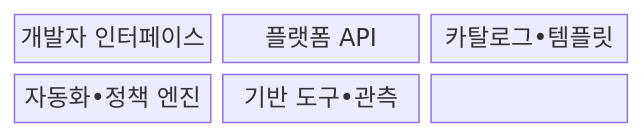
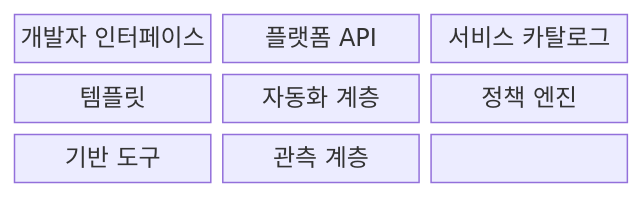
One commit to agnusdei1207/knowledge-base changed the first of 2 diagrams in src/content/docs/notes/08-latest-tech/176_idp.md. Above: the diagram before and after it, drawn with Mermaid. The commit also changed other lines of this file and 20 other files, not shown here.

````diff
--- a/src/content/docs/notes/08-latest-tech/176_idp.md
+++ b/src/content/docs/notes/08-latest-tech/176_idp.md
@@ -71,11 +79,14 @@
 ```mermaid
 block-beta
   columns 3
   N0["개발자 인터페이스"]
   N1["플랫폼 API"]
-  N2["카탈로그•템플릿"]
-  N3["자동화•정책 엔진"]
-  N4["기반 도구•관측"]
-  N0 --- N1 --- N2
-  N2 --- N3 --- N4
+  N2["서비스 카탈로그"]
+  N5["템플릿"]
+  N3["자동화 계층"]
+  N6["정책 엔진"]
+  N4["기반 도구"]
+  N7["관측 계층"]
+  N0 --- N1 --- N2 --- N5
+  N5 --- N3 --- N6 --- N4 --- N7
 ```
````
